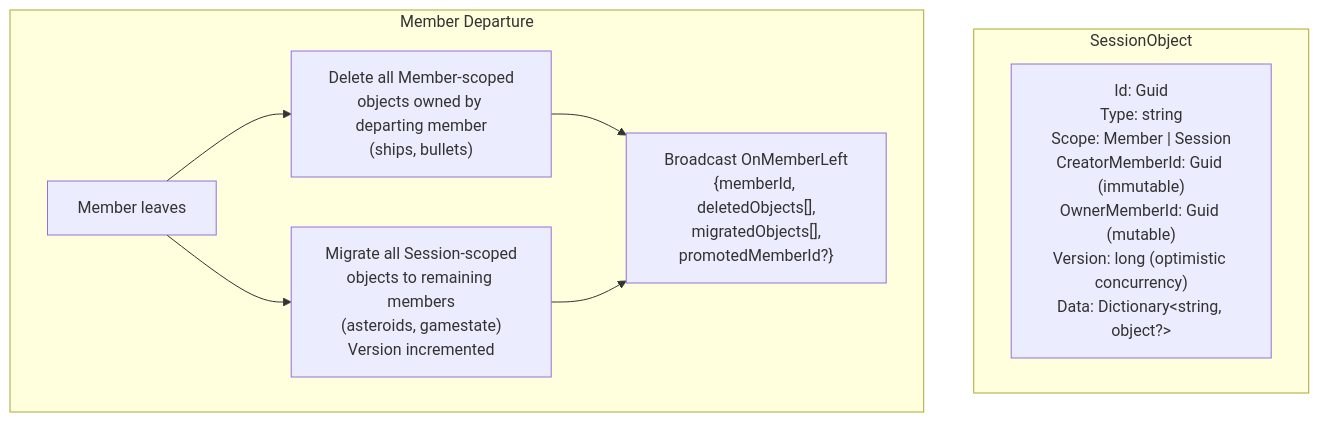
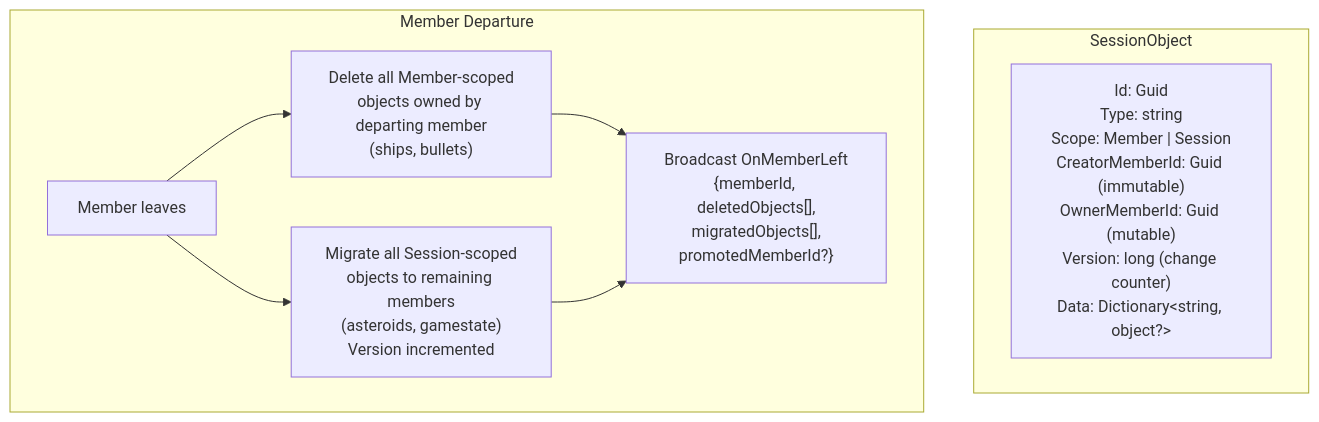
Diagram 18 of 32 in ARCHITECTURE.md (badvoidstar/asteroids), drawn with Mermaid before and after one commit. The commit also changed other lines of this file, not shown here.

First line of the commit message:
Update ARCHITECTURE.md for OCC removal and field compression

````diff
--- a/ARCHITECTURE.md
+++ b/ARCHITECTURE.md
@@ -462,18 +459,18 @@
 ```mermaid
 graph TB
     subgraph "SessionObject"
-        OBJ["Id: Guid<br/>Type: string<br/>Scope: Member | Session<br/>CreatorMemberId: Guid (immutable)<br/>OwnerMemberId: Guid (mutable)<br/>Version: long (optimistic concurrency)<br/>Data: Dictionary&lt;string, object?&gt;"]
+        OBJ["Id: Guid<br/>Type: string<br/>Scope: Member | Session<br/>CreatorMemberId: Guid (immutable)<br/>OwnerMemberId: Guid (mutable)<br/>Version: long (change counter)<br/>Data: Dictionary&lt;string, object?&gt;"]
     end
 
     subgraph "Member Departure"
         LEAVE["Member leaves"]
         DEL["Delete all Member-scoped<br/>objects owned by departing member<br/>(ships, bullets)"]
         MIG["Migrate all Session-scoped<br/>objects to remaining members<br/>(asteroids, gamestate)<br/>Version incremented"]
         BC["Broadcast OnMemberLeft<br/>{memberId, deletedObjects[],<br/>migratedObjects[],<br/>promotedMemberId?}"]
     end
 
     LEAVE --> DEL
     LEAVE --> MIG
     DEL --> BC
     MIG --> BC
 ```
````
